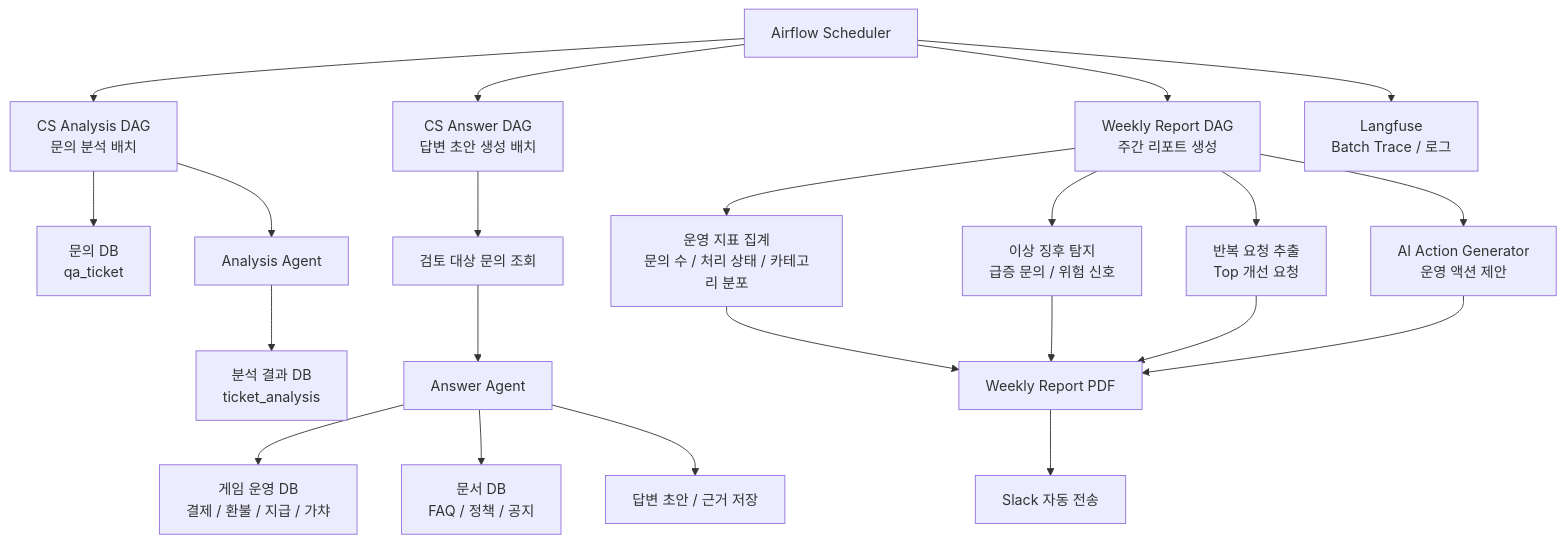
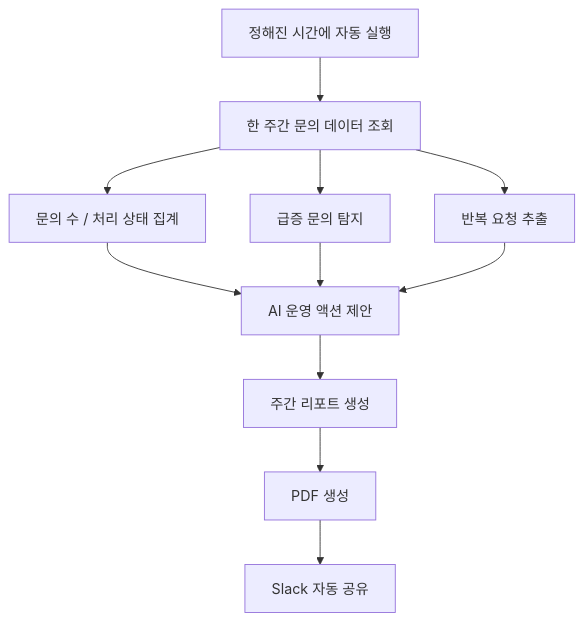
The third of 3 diagrams in README.md (SKNETWORKS-FAMILY-AICAMP/SKN25-FINAL-6Team), drawn with Mermaid before and after one commit. The commit also changed other lines of this file, not shown here.

````diff
--- a/README.md
+++ b/README.md
@@ -457,29 +431,16 @@
 ```mermaid
 flowchart TD
-    Scheduler["Airflow Scheduler"] --> AnalysisDAG["CS Analysis DAG<br/>문의 분석 배치"]
-    Scheduler --> AnswerDAG["CS Answer DAG<br/>답변 초안 생성 배치"]
-    Scheduler --> ReportDAG["Weekly Report DAG<br/>주간 리포트 생성"]
+    Schedule["정해진 시간에 자동 실행"] --> Data["한 주간 문의 데이터 조회"]
 
-    AnalysisDAG --> TicketDB["문의 DB<br/>qa_ticket"]
-    AnalysisDAG --> AnalysisAgent["Analysis Agent"]
-    AnalysisAgent --> AnalysisDB["분석 결과 DB<br/>ticket_analysis"]
+    Data --> Metrics["문의 수 / 처리 상태 집계"]
+    Data --> Spike["급증 문의 탐지"]
+    Data --> Requests["반복 요청 추출"]
 
-    AnswerDAG --> PendingTickets["검토 대상 문의 조회"]
-    PendingTickets --> AnswerAgent["Answer Agent"]
-    AnswerAgent --> GameDB["게임 운영 DB<br/>결제 / 환불 / 지급 / 가챠"]
-    AnswerAgent --> Docs["문서 DB<br/>FAQ / 정책 / 공지"]
-    AnswerAgent --> DraftDB["답변 초안 / 근거 저장"]
+    Metrics --> AI["AI 운영 액션 제안"]
+    Spike --> AI
+    Requests --> AI
 
-    ReportDAG --> Metrics["운영 지표 집계<br/>문의 수 / 처리 상태 / 카테고리 분포"]
-    ReportDAG --> Spike["이상 징후 탐지<br/>급증 문의 / 위험 신호"]
-    ReportDAG --> TopRequests["반복 요청 추출<br/>Top 개선 요청"]
-    ReportDAG --> AIAction["AI Action Generator<br/>운영 액션 제안"]
-
-    Metrics --> Report["Weekly Report PDF"]
-    Spike --> Report
-    TopRequests --> Report
-    AIAction --> Report
-
-    Report --> Slack["Slack 자동 전송"]
-    Scheduler --> Obs["Langfuse<br/>Batch Trace / 로그"]
+    AI --> Report["주간 리포트 생성"]
+    Report --> PDF["PDF 생성"]
+    PDF --> Slack["Slack 자동 공유"]
 ```
````
